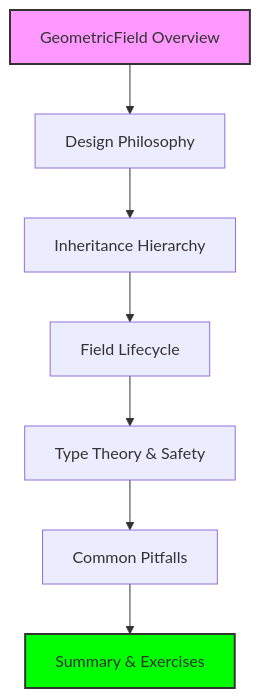
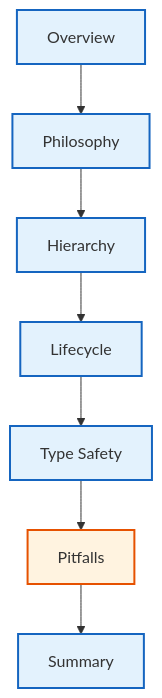
Before and after one commit to wramet/build-my-cfd: the diagram in MODULE_05_OPENFOAM_PROGRAMMING/CONTENT/05_FIELDS_GEOMETRICFIELDS/00_Overview.md, drawn with Mermaid. The commit also changed 313 other files, not shown here.

Commit message:
Revise all diagram

````diff
--- a/MODULE_05_OPENFOAM_PROGRAMMING/CONTENT/05_FIELDS_GEOMETRICFIELDS/00_Overview.md
+++ b/MODULE_05_OPENFOAM_PROGRAMMING/CONTENT/05_FIELDS_GEOMETRICFIELDS/00_Overview.md
@@ -10,12 +10,13 @@
 ```mermaid
 flowchart TD
-    A[GeometricField Overview] --> B[Design Philosophy]
-    B --> C[Inheritance Hierarchy]
-    C --> D[Field Lifecycle]
-    D --> E[Type Theory & Safety]
-    E --> F[Common Pitfalls]
-    F --> G[Summary & Exercises]
-
-    style A fill:#f9f,stroke:#333,stroke-width:2px
-    style G fill:#00ff00,stroke:#333,stroke-width:2px
+%% Classes
+classDef explicit fill:#fff3e0,stroke:#e65100,stroke-width:2px;
+classDef implicit fill:#e3f2fd,stroke:#1565c0,stroke-width:2px;
+%% Nodes
+A[Overview]:::implicit --> B[Philosophy]:::implicit
+B --> C[Hierarchy]:::implicit
+C --> D[Lifecycle]:::implicit
+D --> E[Type Safety]:::implicit
+E --> F[Pitfalls]:::explicit
+F --> G[Summary]:::implicit
 ```
````
